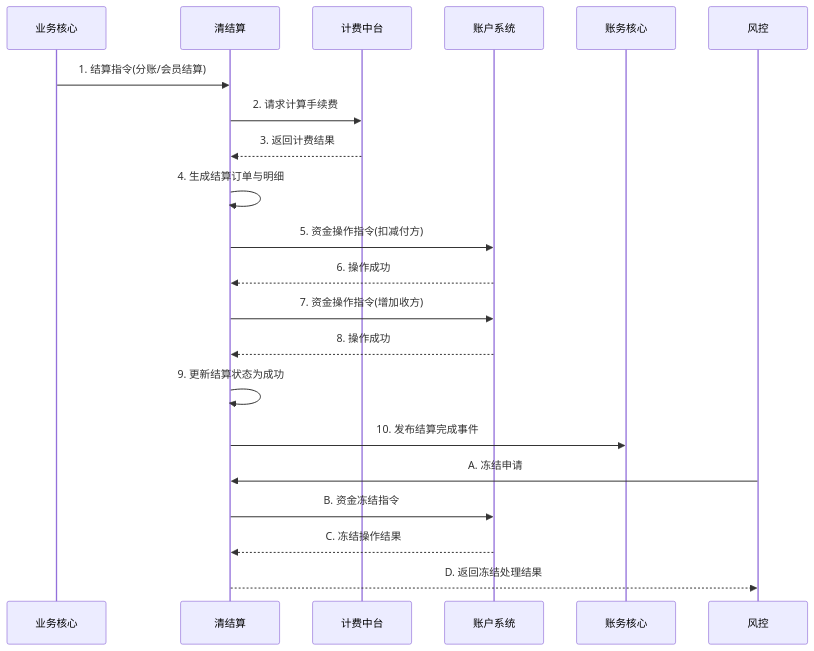
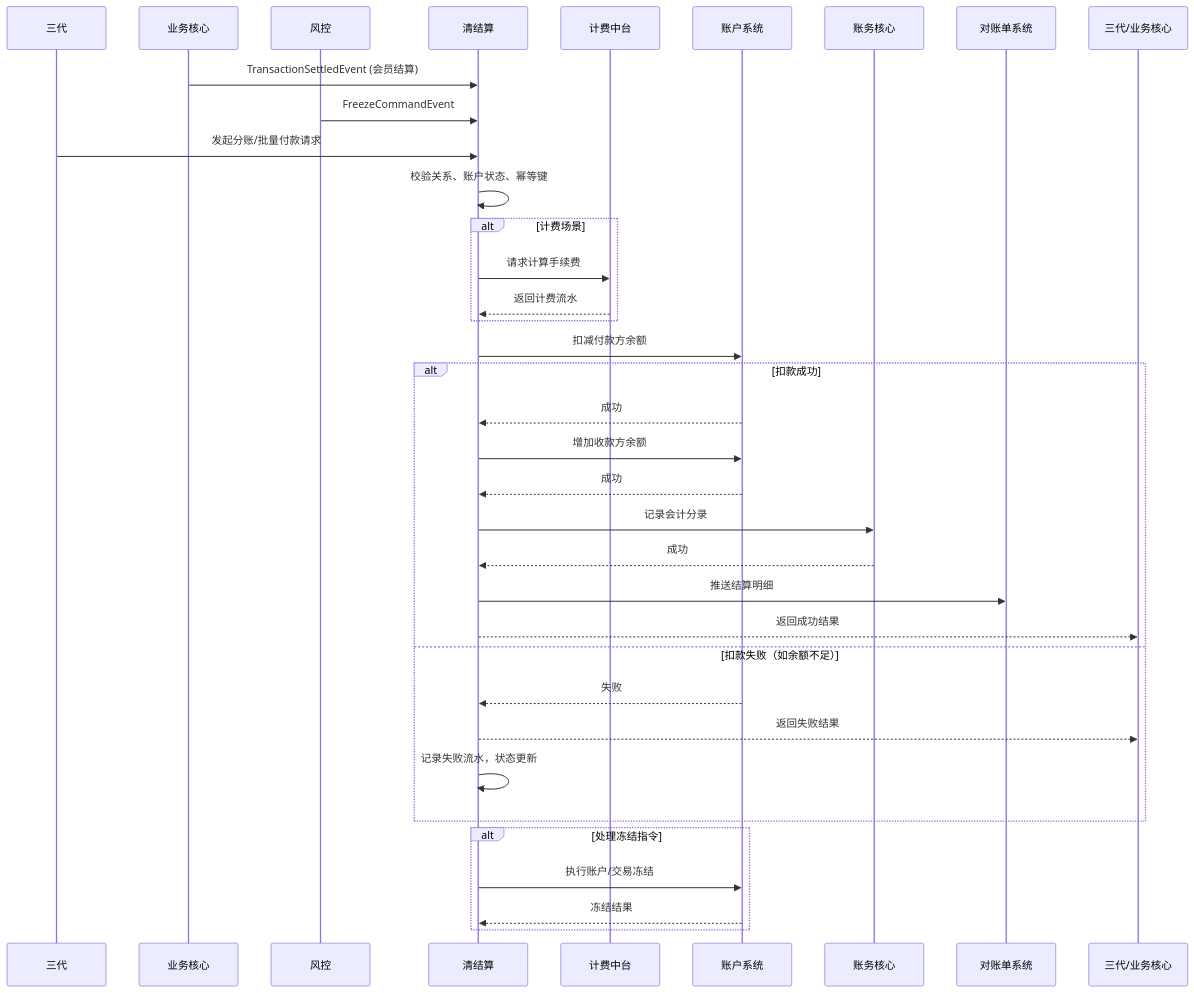
The diagram in data/天财分账需求/gpt-5.2/workspace/02_modules/module_清结算.md (youzi211/AiCoding), drawn with Mermaid before and after one commit. The commit also changed other lines of this file and 41 other files, not shown here.

````diff
--- a/data/天财分账需求/gpt-5.2/workspace/02_modules/module_清结算.md
+++ b/data/天财分账需求/gpt-5.2/workspace/02_modules/module_清结算.md
@@ -79,25 +87,38 @@
 ```mermaid
 sequenceDiagram
-    participant 业务核心 as 业务核心
-    participant 清结算 as 清结算
-    participant 计费中台 as 计费中台
-    participant 账户系统 as 账户系统
-    participant 账务核心 as 账务核心
-    participant 风控 as 风控
+    participant 三代
+    participant 业务核心
+    participant 风控
+    participant 清结算
+    participant 计费中台
+    participant 账户系统
+    participant 账务核心
+    participant 对账单系统
 
-    业务核心->>清结算: 1. 结算指令(分账/会员结算)
-    清结算->>计费中台: 2. 请求计算手续费
-    计费中台-->>清结算: 3. 返回计费结果
-    清结算->>清结算: 4. 生成结算订单与明细
-    清结算->>账户系统: 5. 资金操作指令(扣减付方)
-    账户系统-->>清结算: 6. 操作成功
-    清结算->>账户系统: 7. 资金操作指令(增加收方)
-    账户系统-->>清结算: 8. 操作成功
-    清结算->>清结算: 9. 更新结算状态为成功
-    清结算->>账务核心: 10. 发布结算完成事件
-
-    风控->>清结算: A. 冻结申请
-    清结算->>账户系统: B. 资金冻结指令
-    账户系统-->>清结算: C. 冻结操作结果
-    清结算-->>风控: D. 返回冻结处理结果
+    业务核心->>清结算: TransactionSettledEvent (会员结算)
+    风控->>清结算: FreezeCommandEvent
+    三代->>清结算: 发起分账/批量付款请求
+    清结算->>清结算: 校验关系、账户状态、幂等键
+    alt 计费场景
+        清结算->>计费中台: 请求计算手续费
+        计费中台-->>清结算: 返回计费流水
+    end
+    清结算->>账户系统: 扣减付款方余额
+    alt 扣款成功
+        账户系统-->>清结算: 成功
+        清结算->>账户系统: 增加收款方余额
+        账户系统-->>清结算: 成功
+        清结算->>账务核心: 记录会计分录
+        账务核心-->>清结算: 成功
+        清结算->>对账单系统: 推送结算明细
+        清结算-->>三代/业务核心: 返回成功结果
+    else 扣款失败（如余额不足）
+        账户系统-->>清结算: 失败
+        清结算-->>三代/业务核心: 返回失败结果
+        清结算->>清结算: 记录失败流水，状态更新
+    end
+    alt 处理冻结指令
+        清结算->>账户系统: 执行账户/交易冻结
+        账户系统-->>清结算: 冻结结果
+    end
 ```
````
